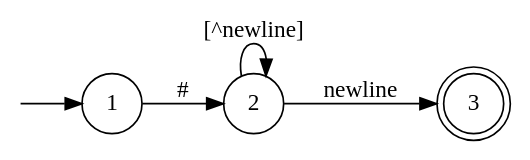
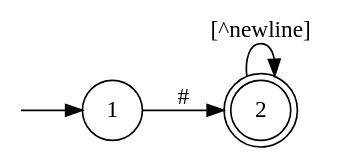
Before and after one commit to zhb2000/mini-python-parser: the diagram in doc/scanner/comment.dot, drawn with Graphviz. The commit also changed 3 other files, not shown here.

```diff
--- a/doc/scanner/comment.dot
+++ b/doc/scanner/comment.dot
@@ -1,10 +1,9 @@
 digraph G {
     rankdir = LR
     node[shape=circle]
     0[label="",color=transparent, width=0]
-    3[shape=doublecircle]
+    2[shape=doublecircle]
     0->1
     1->2[label="#"]
-    2->3[label="newline"]
     2->2[label="[^newline]"]
 }
```
